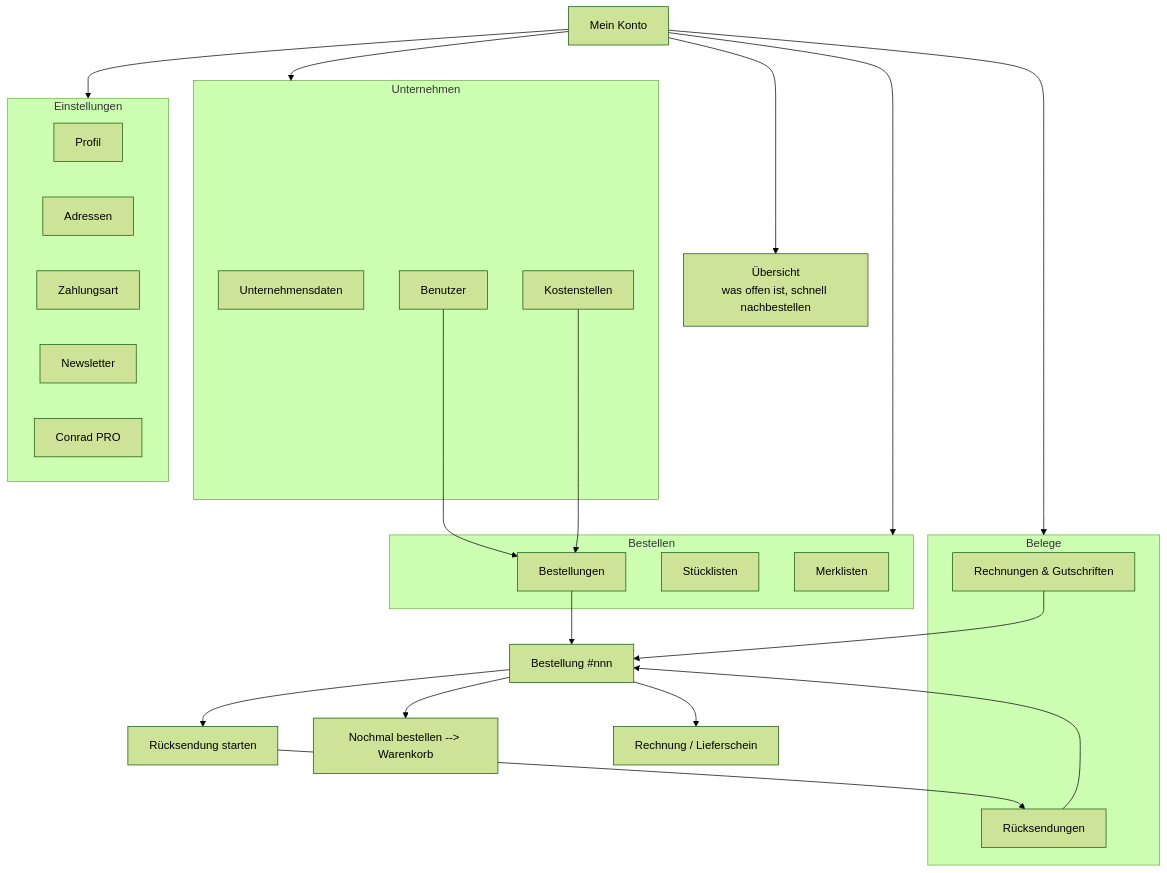
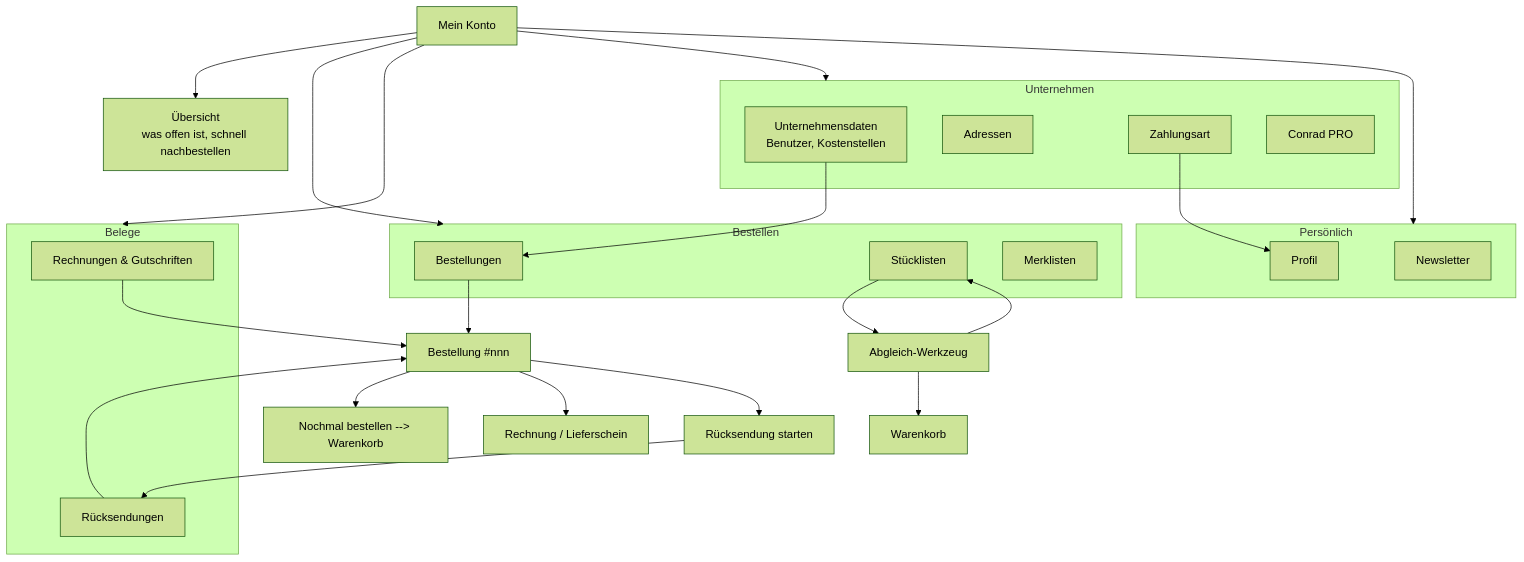
Before and after one commit to thervnt/conrad-pro: the diagram in output/02-concept.md, drawn with Mermaid (forest theme). The commit also changed other lines of this file and 18 other files, not shown here.

````diff
--- a/output/02-concept.md
+++ b/output/02-concept.md
@@ -66,45 +69,46 @@
 ```mermaid
 graph TD
   ROOT["Mein Konto"]
   ROOT --> UEB["Übersicht<br/>was offen ist, schnell nachbestellen"]
 
   subgraph G1["Bestellen"]
     BES["Bestellungen"]
     STK["Stücklisten"]
     MER["Merklisten"]
   end
 
   subgraph G2["Belege"]
     REC["Rechnungen & Gutschriften"]
     RUE["Rücksendungen"]
   end
 
   subgraph G3["Unternehmen"]
-    FIR["Unternehmensdaten"]
-    BEN["Benutzer"]
-    KST["Kostenstellen"]
+    FIR["Unternehmensdaten<br/>Benutzer, Kostenstellen"]
+    ADR["Adressen"]
+    ZAH["Zahlungsart"]
+    CPR["Conrad PRO"]
   end
 
-  subgraph G4["Einstellungen"]
+  subgraph G4["Persönlich"]
     PRO["Profil"]
-    ADR["Adressen"]
-    ZAH["Zahlungsart"]
     NEW["Newsletter"]
-    CPR["Conrad PRO"]
   end
 
   ROOT --> G1
   ROOT --> G2
   ROOT --> G3
   ROOT --> G4
 
   BES --> BDET["Bestellung #nnn"]
   BDET --> REB["Nochmal bestellen --> Warenkorb"]
   BDET --> BEL["Rechnung / Lieferschein"]
   BDET --> RMA["Rücksendung starten"]
   RMA --> RUE
   REC --> BDET
   RUE --> BDET
-  BEN --> BES
-  KST --> BES
+  STK --> TOOL["Abgleich-Werkzeug"]
+  TOOL --> STK
+  TOOL --> CART["Warenkorb"]
+  FIR --> BES
+  ZAH --> PRO
 ```
````
